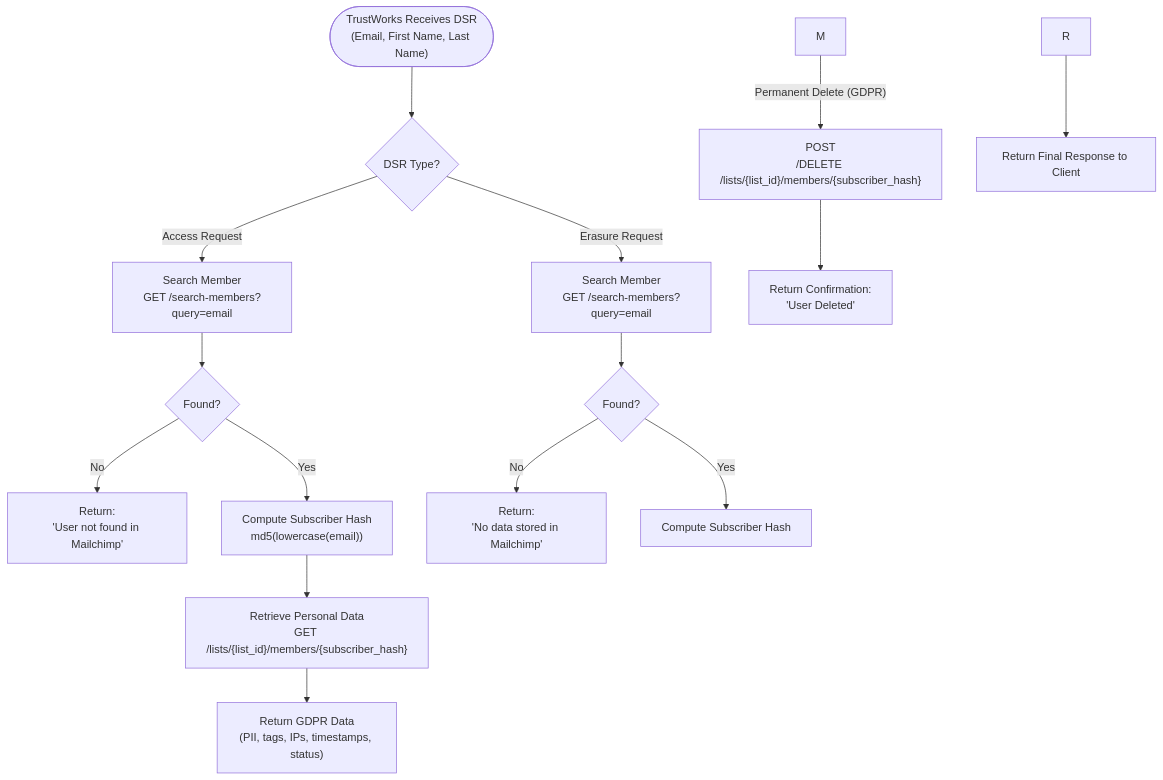
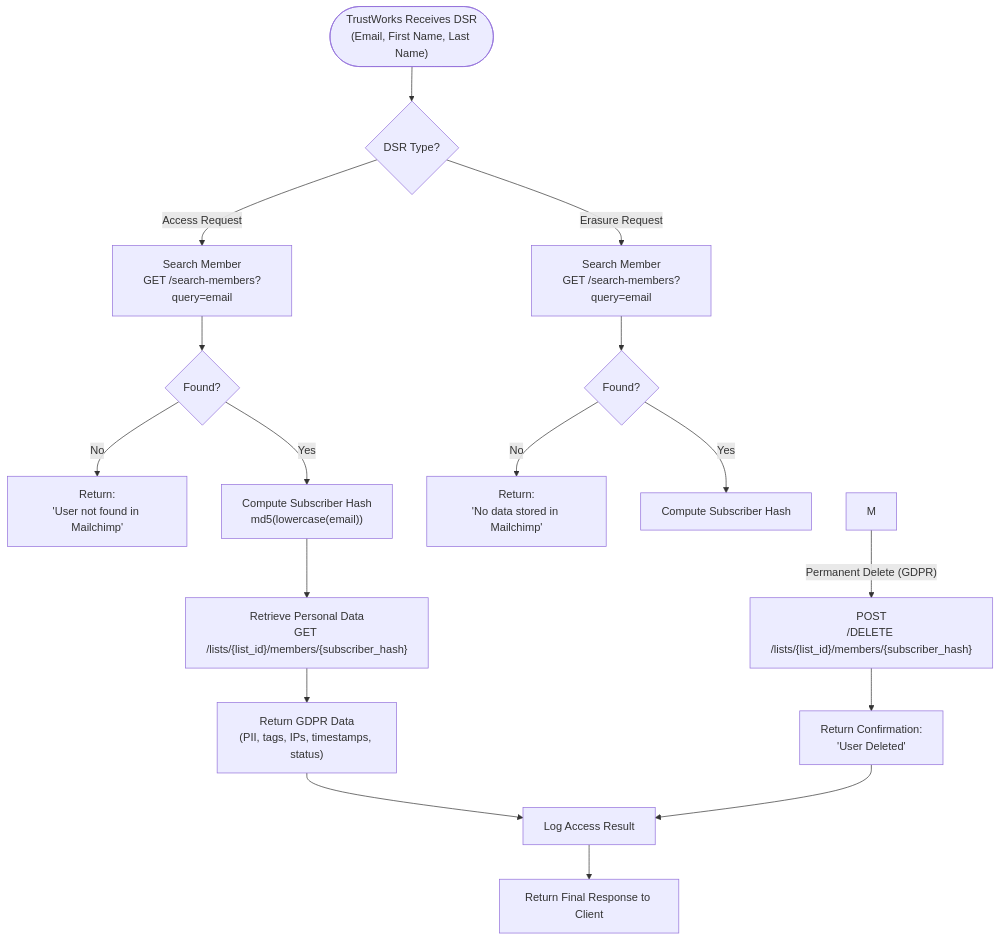
One commit to pratah/mailchimp-api changed the diagram in recruitment-assignment.md. Above: the diagram before and after it, drawn with Mermaid.

````diff
--- a/recruitment-assignment.md
+++ b/recruitment-assignment.md
@@ -27,23 +27,25 @@
 ```mermaid
 flowchart TD
     A(["TrustWorks Receives DSR<br/>(Email, First Name, Last Name)"]) --> B{"DSR Type?"}
     
     %% Access Request Path
     B -->|"Access Request"| C["Search Member<br/>GET /search-members?query=email"]
     C --> D{"Found?"}
     D -->|"No"| E["Return:<br/>'User not found in Mailchimp'"]
     D -->|"Yes"| F["Compute Subscriber Hash<br/>md5(lowercase(email))"]
     F --> G["Retrieve Personal Data<br/>GET /lists/{list_id}/members/{subscriber_hash}"]
     G --> H["Return GDPR Data<br/>(PII, tags, IPs, timestamps, status)"]
     
     %% Erasure Request Path
     B -->|"Erasure Request"| I["Search Member<br/>GET /search-members?query=email"]
     I --> J{"Found?"}
     J -->|"No"| K["Return:<br/>'No data stored in Mailchimp'"]
     J -->|"Yes"| L["Compute Subscriber Hash"]
     M -->|"Permanent Delete (GDPR)"| N["POST<br/>/DELETE /lists/{list_id}/members/{subscriber_hash}"]
     N --> O["Return Confirmation:<br/>'User Deleted'"]
     
     %% Logs
+    H --> R["Log Access Result"]
+    O --> R
     R --> S["Return Final Response to Client"]
 ```
````
